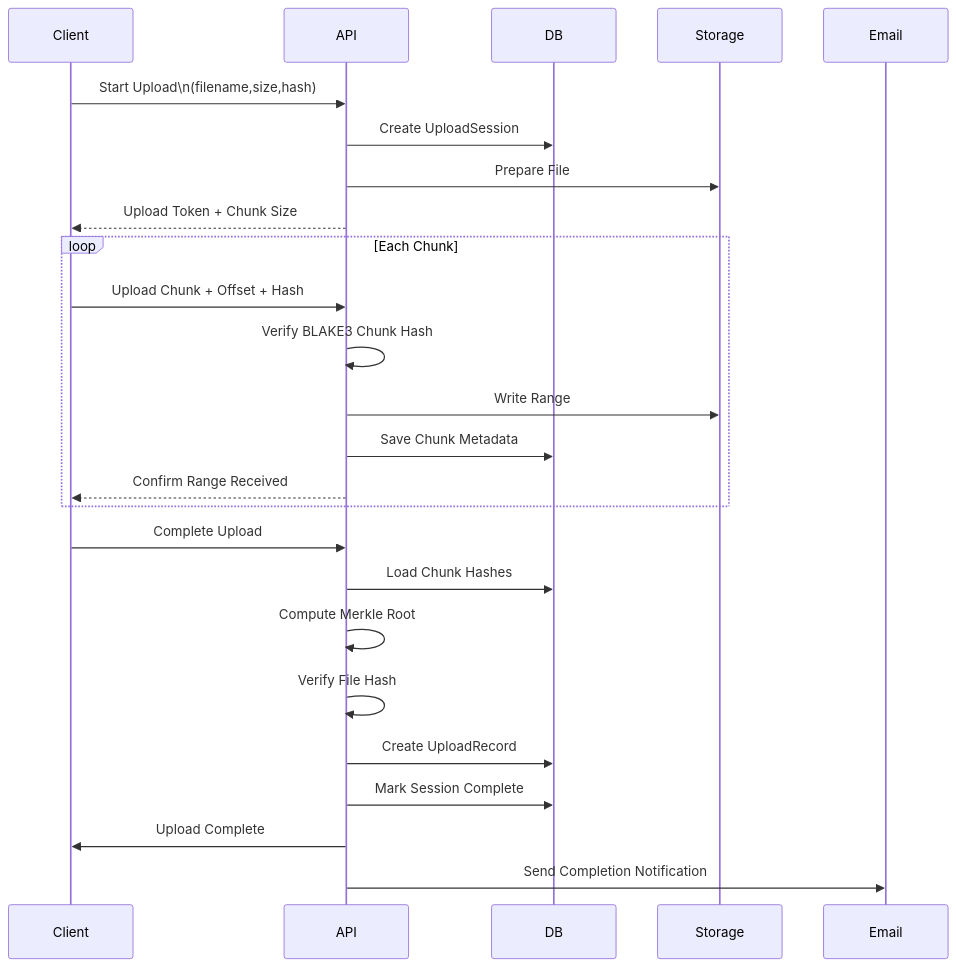
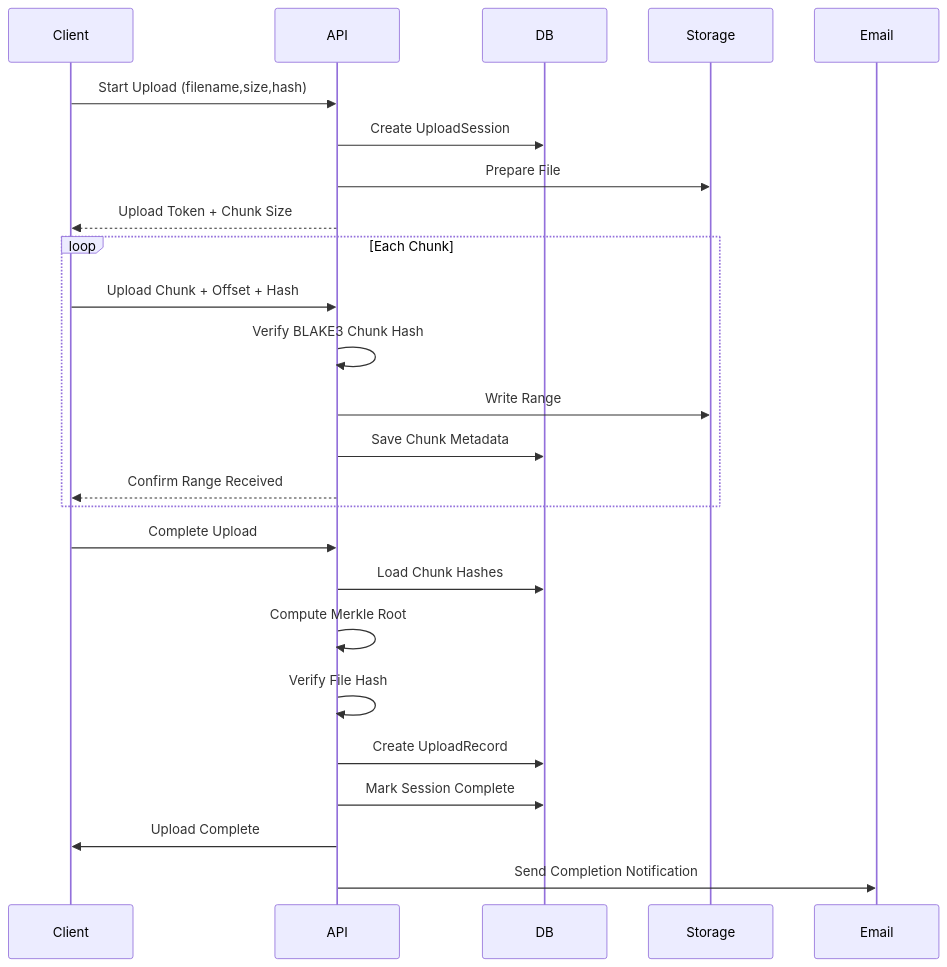
The third of 8 diagrams in ARCHITECTURE.md (GabrielKuz/AegisUploaderV3), drawn with Mermaid before and after one commit. The commit also changed other lines of this file, not shown here.

Commit message:
Add diagrams to architecture.md

````diff
--- a/ARCHITECTURE.md
+++ b/ARCHITECTURE.md
@@ -1,30 +101,30 @@
 ```mermaid
 sequenceDiagram
     participant Client
     participant API
     participant DB
     participant Storage
 
-    Client->>API: Start Upload\n(filename,size,hash)
+    Client->>API: Start Upload (filename,size,hash)
     API->>DB: Create UploadSession
     API->>Storage: Prepare File
     API-->>Client: Upload Token + Chunk Size
 
     loop Each Chunk
         Client->>API: Upload Chunk + Offset + Hash
         API->>API: Verify BLAKE3 Chunk Hash
         API->>Storage: Write Range
         API->>DB: Save Chunk Metadata
         API-->>Client: Confirm Range Received
     end
 
     Client->>API: Complete Upload
     API->>DB: Load Chunk Hashes
     API->>API: Compute Merkle Root
     API->>API: Verify File Hash
 
     API->>DB: Create UploadRecord
     API->>DB: Mark Session Complete
     API->>Client: Upload Complete
     API->>Email: Send Completion Notification
 ```
````
